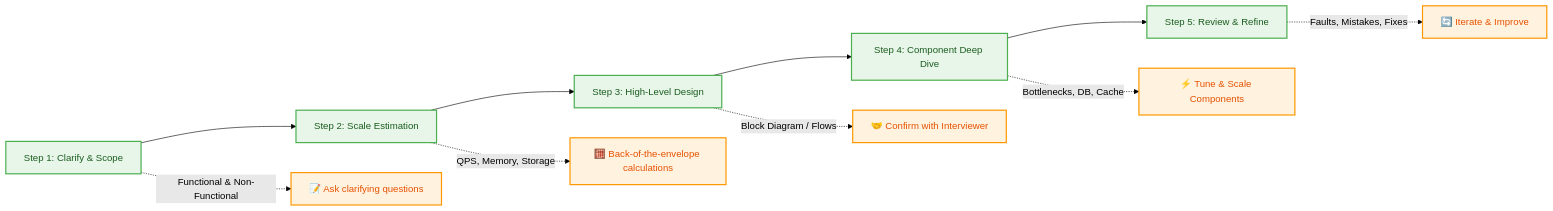
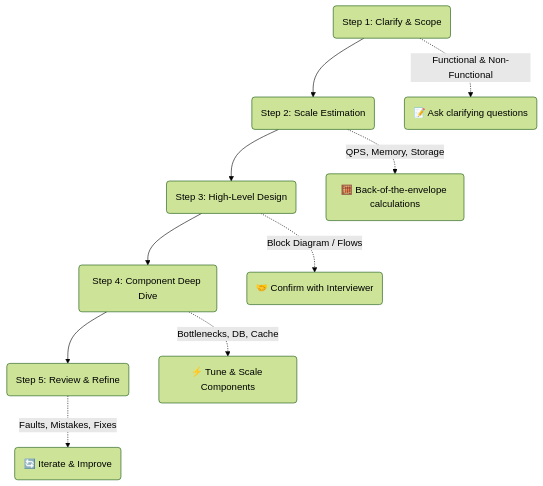
The diagram in basics/05_interview_steps.md (PKRacha/system-design), drawn with Mermaid (forest theme) before and after one commit. The commit also changed 4 other files, not shown here.

Commit message:
docs: standardize all mermaid diagrams with curvy corners and default color styling

````diff
--- a/basics/05_interview_steps.md
+++ b/basics/05_interview_steps.md
@@ -11,21 +11,14 @@
 ```mermaid
-graph LR
-    %% Define Styles
-    classDef step fill:#e8f5e9,stroke:#4caf50,stroke-width:2px,color:#1b5e20;
-    classDef action fill:#fff3e0,stroke:#ff9800,stroke-width:2px,color:#e65100;
-    
-    Step1["Step 1: Clarify & Scope"] --> Step2["Step 2: Scale Estimation"]
-    Step2 --> Step3["Step 3: High-Level Design"]
-    Step3 --> Step4["Step 4: Component Deep Dive"]
-    Step4 --> Step5["Step 5: Review & Refine"]
+graph TD
+    Step1("Step 1: Clarify & Scope") --> Step2("Step 2: Scale Estimation")
+    Step2 --> Step3("Step 3: High-Level Design")
+    Step3 --> Step4("Step 4: Component Deep Dive")
+    Step4 --> Step5("Step 5: Review & Refine")
     
     %% Details
-    Step1 -.->|"Functional & Non-Functional"| Act1["📝 Ask clarifying questions"]
-    Step2 -.->|"QPS, Memory, Storage"| Act2["🧮 Back-of-the-envelope calculations"]
-    Step3 -.->|"Block Diagram / Flows"| Act3["🤝 Confirm with Interviewer"]
-    Step4 -.->|"Bottlenecks, DB, Cache"| Act4["⚡ Tune & Scale Components"]
-    Step5 -.->|"Faults, Mistakes, Fixes"| Act5["🔄 Iterate & Improve"]
-    
-    class Step1,Step2,Step3,Step4,Step5 step;
-    class Act1,Act2,Act3,Act4,Act5 action;
+    Step1 -.->|"Functional & Non-Functional"| Act1("📝 Ask clarifying questions")
+    Step2 -.->|"QPS, Memory, Storage"| Act2("🧮 Back-of-the-envelope calculations")
+    Step3 -.->|"Block Diagram / Flows"| Act3("🤝 Confirm with Interviewer")
+    Step4 -.->|"Bottlenecks, DB, Cache"| Act4("⚡ Tune & Scale Components")
+    Step5 -.->|"Faults, Mistakes, Fixes"| Act5("🔄 Iterate & Improve")
 ```
````
